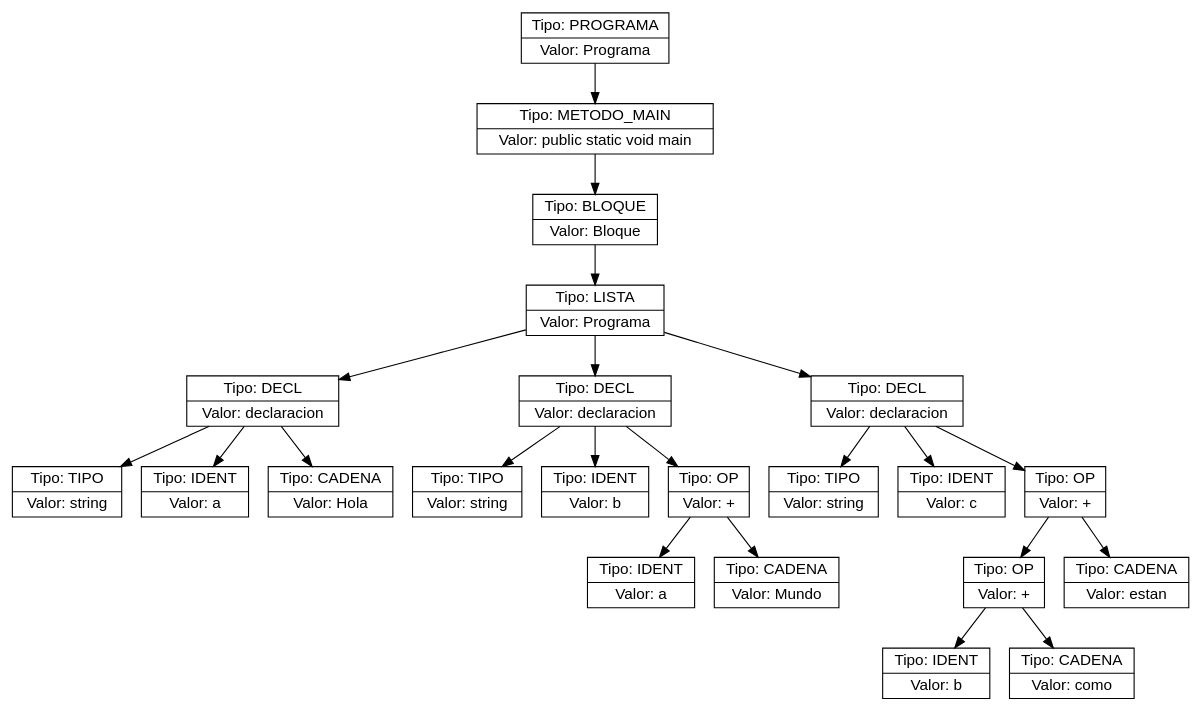
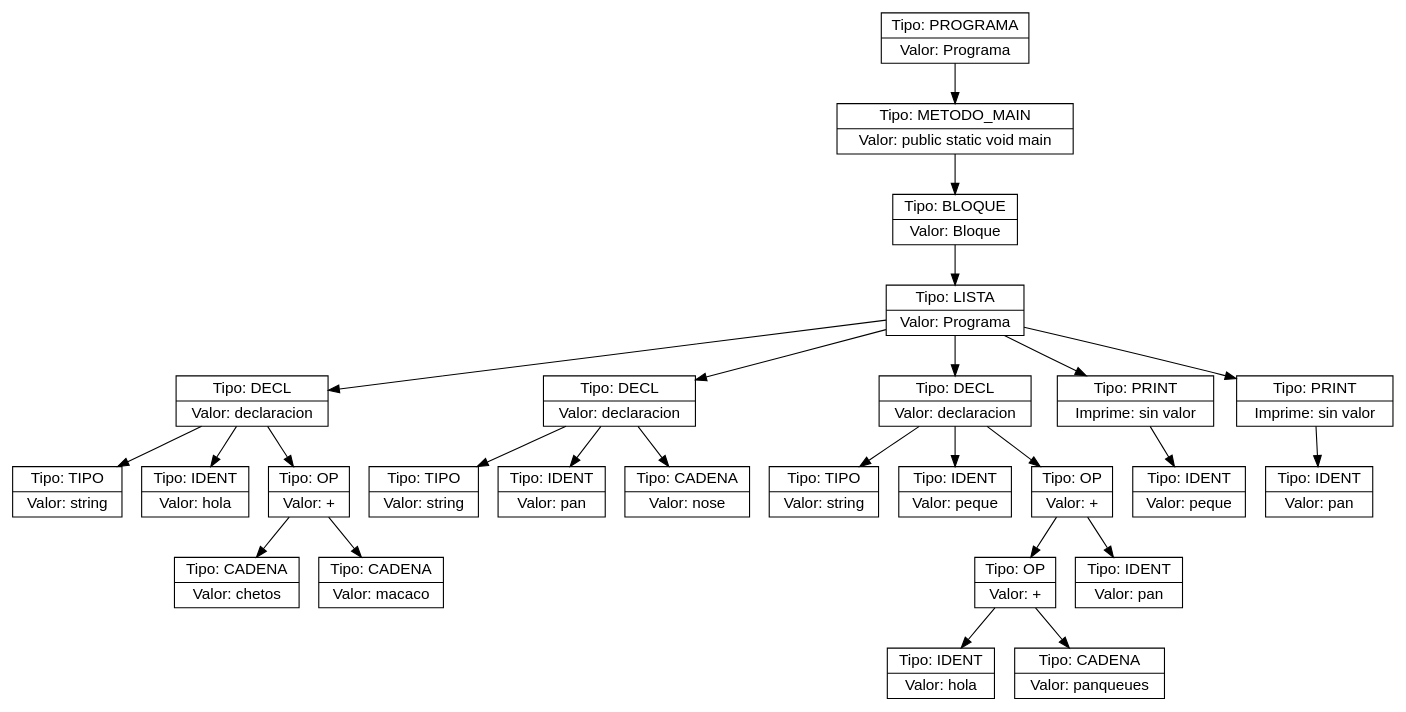
The diagram in ast.dot (Farot30/OLC2_2s2025_P2_202307820), drawn with Graphviz before and after one commit. The commit also changed 37 other files, not shown here.

```diff
--- a/ast.dot
+++ b/ast.dot
@@ -1,46 +1,54 @@
 digraph AST {
   node [shape=record,fontname="Helvetica"];
-  n0x598fe14379f0 [label="{Tipo: PROGRAMA|Valor: Programa}"];
-  n0x598fe14379f0 -> n0x598fe1552ee0;
-  n0x598fe1552ee0 [label="{Tipo: METODO_MAIN|Valor: public static void main}"];
-  n0x598fe1552ee0 -> n0x598fe12d7320;
-  n0x598fe12d7320 [label="{Tipo: BLOQUE|Valor: Bloque}"];
-  n0x598fe12d7320 -> n0x598fe12b1e10;
-  n0x598fe12b1e10 [label="{Tipo: LISTA|Valor: Programa}"];
-  n0x598fe12b1e10 -> n0x598fe152bf90;
-  n0x598fe152bf90 [label="{Tipo: DECL|Valor: declaracion}"];
-  n0x598fe152bf90 -> n0x598fe129a180;
-  n0x598fe129a180 [label="{Tipo: TIPO|Valor: string}"];
-  n0x598fe152bf90 -> n0x598fe1565d10;
-  n0x598fe1565d10 [label="{Tipo: IDENT|Valor: a}"];
-  n0x598fe152bf90 -> n0x598fe154a480;
-  n0x598fe154a480 [label="{Tipo: CADENA|Valor: Hola}"];
-  n0x598fe12b1e10 -> n0x598fe1549d40;
-  n0x598fe1549d40 [label="{Tipo: DECL|Valor: declaracion}"];
-  n0x598fe1549d40 -> n0x598fe168ca90;
-  n0x598fe168ca90 [label="{Tipo: TIPO|Valor: string}"];
-  n0x598fe1549d40 -> n0x598fe154af60;
-  n0x598fe154af60 [label="{Tipo: IDENT|Valor: b}"];
-  n0x598fe1549d40 -> n0x598fe12aef20;
-  n0x598fe12aef20 [label="{Tipo: OP|Valor: +}"];
-  n0x598fe12aef20 -> n0x598fe1345230;
-  n0x598fe1345230 [label="{Tipo: IDENT|Valor: a}"];
-  n0x598fe12aef20 -> n0x598fe14b06e0;
-  n0x598fe14b06e0 [label="{Tipo: CADENA|Valor: Mundo}"];
-  n0x598fe12b1e10 -> n0x598fe12d33c0;
-  n0x598fe12d33c0 [label="{Tipo: DECL|Valor: declaracion}"];
-  n0x598fe12d33c0 -> n0x598fe14ad790;
-  n0x598fe14ad790 [label="{Tipo: TIPO|Valor: string}"];
-  n0x598fe12d33c0 -> n0x598fe12d7200;
-  n0x598fe12d7200 [label="{Tipo: IDENT|Valor: c}"];
-  n0x598fe12d33c0 -> n0x598fe1639ba0;
-  n0x598fe1639ba0 [label="{Tipo: OP|Valor: +}"];
-  n0x598fe1639ba0 -> n0x598fe12d6360;
-  n0x598fe12d6360 [label="{Tipo: OP|Valor: +}"];
-  n0x598fe12d6360 -> n0x598fe1553960;
-  n0x598fe1553960 [label="{Tipo: IDENT|Valor: b}"];
-  n0x598fe12d6360 -> n0x598fe155c720;
-  n0x598fe155c720 [label="{Tipo: CADENA|Valor: como}"];
-  n0x598fe1639ba0 -> n0x598fe1553900;
-  n0x598fe1553900 [label="{Tipo: CADENA|Valor: estan}"];
+  n0x62ee48352f00 [label="{Tipo: PROGRAMA|Valor: Programa}"];
+  n0x62ee48352f00 -> n0x62ee48413d40;
+  n0x62ee48413d40 [label="{Tipo: METODO_MAIN|Valor: public static void main}"];
+  n0x62ee48413d40 -> n0x62ee4840e7e0;
+  n0x62ee4840e7e0 [label="{Tipo: BLOQUE|Valor: Bloque}"];
+  n0x62ee4840e7e0 -> n0x62ee48426c10;
+  n0x62ee48426c10 [label="{Tipo: LISTA|Valor: Programa}"];
+  n0x62ee48426c10 -> n0x62ee4823c840;
+  n0x62ee4823c840 [label="{Tipo: DECL|Valor: declaracion}"];
+  n0x62ee4823c840 -> n0x62ee48494180;
+  n0x62ee48494180 [label="{Tipo: TIPO|Valor: string}"];
+  n0x62ee4823c840 -> n0x62ee48494080;
+  n0x62ee48494080 [label="{Tipo: IDENT|Valor: hola}"];
+  n0x62ee4823c840 -> n0x62ee48236080;
+  n0x62ee48236080 [label="{Tipo: OP|Valor: +}"];
+  n0x62ee48236080 -> n0x62ee48535a40;
+  n0x62ee48535a40 [label="{Tipo: CADENA|Valor: chetos }"];
+  n0x62ee48236080 -> n0x62ee48496480;
+  n0x62ee48496480 [label="{Tipo: CADENA|Valor: macaco }"];
+  n0x62ee48426c10 -> n0x62ee484979e0;
+  n0x62ee484979e0 [label="{Tipo: DECL|Valor: declaracion}"];
+  n0x62ee484979e0 -> n0x62ee484207f0;
+  n0x62ee484207f0 [label="{Tipo: TIPO|Valor: string}"];
+  n0x62ee484979e0 -> n0x62ee484a7060;
+  n0x62ee484a7060 [label="{Tipo: IDENT|Valor: pan}"];
+  n0x62ee484979e0 -> n0x62ee4860c0d0;
+  n0x62ee4860c0d0 [label="{Tipo: CADENA|Valor: nose }"];
+  n0x62ee48426c10 -> n0x62ee4848cbe0;
+  n0x62ee4848cbe0 [label="{Tipo: DECL|Valor: declaracion}"];
+  n0x62ee4848cbe0 -> n0x62ee484a6e20;
+  n0x62ee484a6e20 [label="{Tipo: TIPO|Valor: string}"];
+  n0x62ee4848cbe0 -> n0x62ee48494860;
+  n0x62ee48494860 [label="{Tipo: IDENT|Valor: peque}"];
+  n0x62ee4848cbe0 -> n0x62ee48619720;
+  n0x62ee48619720 [label="{Tipo: OP|Valor: +}"];
+  n0x62ee48619720 -> n0x62ee48495ee0;
+  n0x62ee48495ee0 [label="{Tipo: OP|Valor: +}"];
+  n0x62ee48495ee0 -> n0x62ee481f9970;
+  n0x62ee481f9970 [label="{Tipo: IDENT|Valor: hola}"];
+  n0x62ee48495ee0 -> n0x62ee484a6520;
+  n0x62ee484a6520 [label="{Tipo: CADENA|Valor: panqueues }"];
+  n0x62ee48619720 -> n0x62ee4848eee0;
+  n0x62ee4848eee0 [label="{Tipo: IDENT|Valor: pan}"];
+  n0x62ee48426c10 -> n0x62ee484a51c0;
+  n0x62ee484a51c0 [label="{Tipo: PRINT|Imprime: sin valor}"];
+  n0x62ee484a51c0 -> n0x62ee484a59a0;
+  n0x62ee484a59a0 [label="{Tipo: IDENT|Valor: peque}"];
+  n0x62ee48426c10 -> n0x62ee48492070;
+  n0x62ee48492070 [label="{Tipo: PRINT|Imprime: sin valor}"];
+  n0x62ee48492070 -> n0x62ee48557d20;
+  n0x62ee48557d20 [label="{Tipo: IDENT|Valor: pan}"];
 }
```
